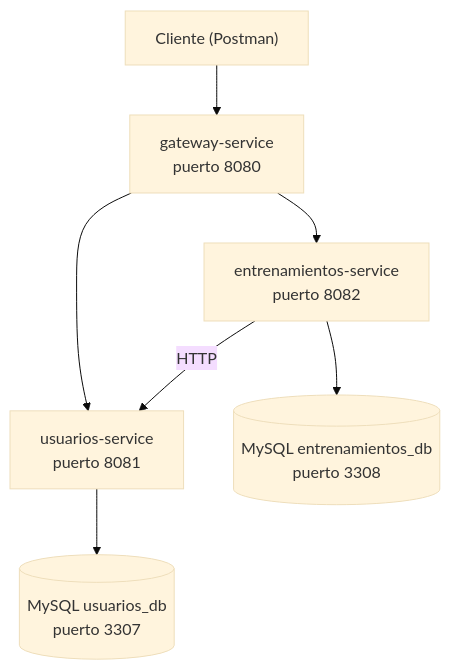
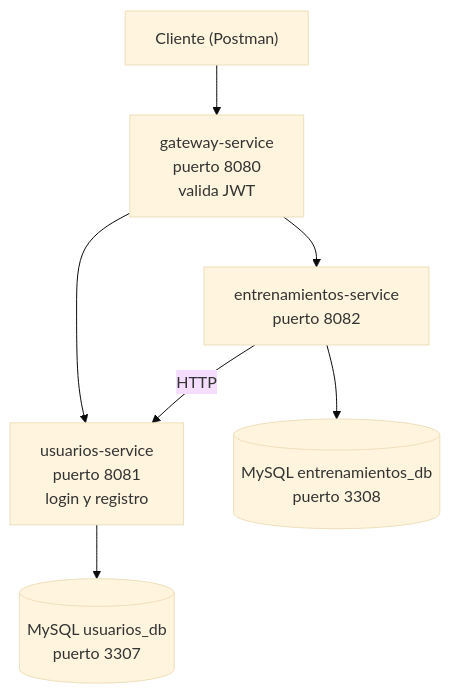
Before and after one commit to AirooSs/training-microservices: the diagram in README.md, drawn with Mermaid (base theme). The commit also changed other lines of this file, not shown here.

````diff
--- a/README.md
+++ b/README.md
@@ -33,16 +33,16 @@
 ```mermaid
 flowchart TB
     Cliente["Cliente (Postman)"]
-    GW["gateway-service<br/>puerto 8080"]
-    US["usuarios-service<br/>puerto 8081"]
+    GW["gateway-service<br/>puerto 8080<br/>valida JWT"]
+    US["usuarios-service<br/>puerto 8081<br/>login y registro"]
     ES["entrenamientos-service<br/>puerto 8082"]
     DBU[("MySQL usuarios_db<br/>puerto 3307")]
     DBE[("MySQL entrenamientos_db<br/>puerto 3308")]
 
     Cliente --> GW
     GW --> US
     GW --> ES
     ES -- HTTP --> US
     US --> DBU
     ES --> DBE
 ```
````
